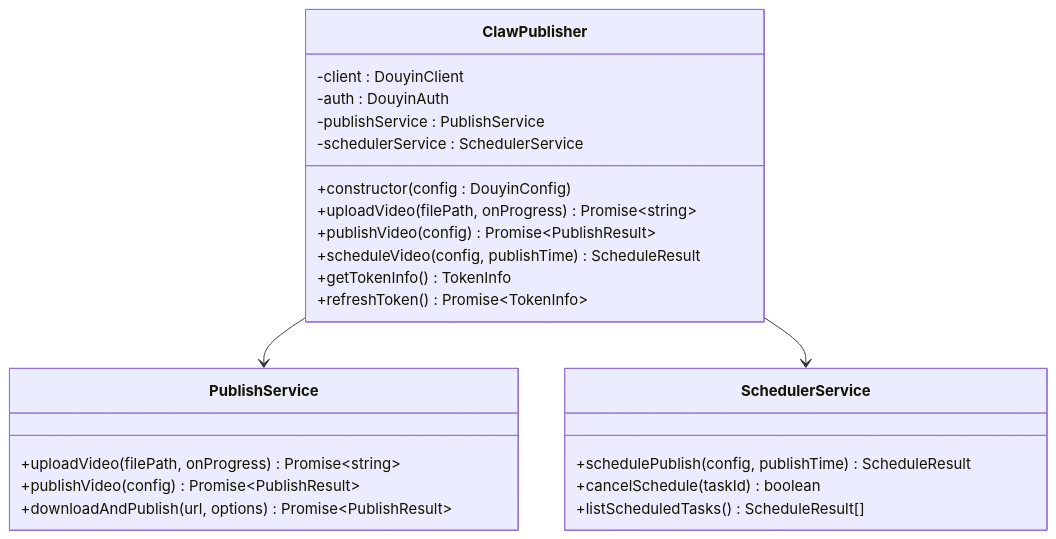
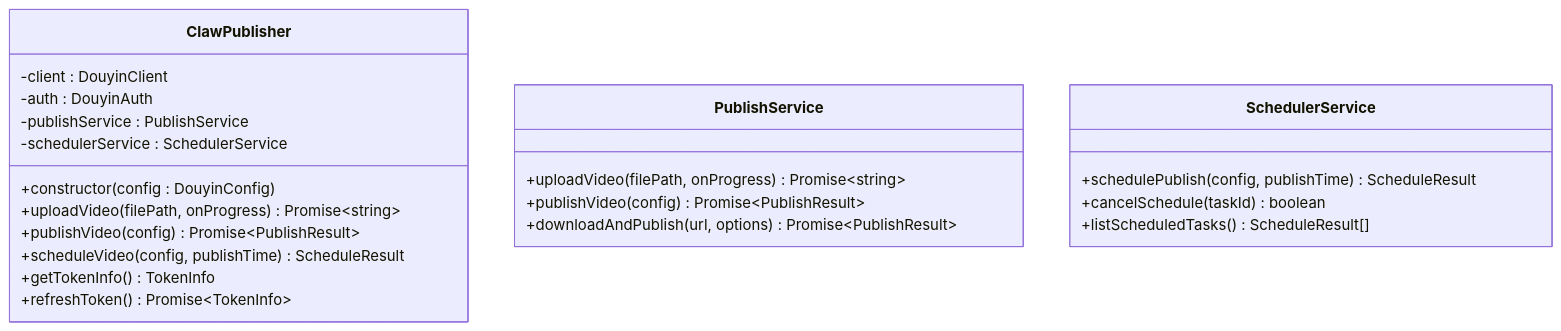
One commit to songdiyang/clawOperations changed the fifth of 7 diagrams in .qoder/repowiki/zh/content/Websocket System Removed.md. Above: the diagram before and after it, drawn with Mermaid. The commit also changed other lines of this file and 10 other files, not shown here.

````diff
--- a/.qoder/repowiki/zh/content/Websocket System Removed.md
+++ b/.qoder/repowiki/zh/content/Websocket System Removed.md
@@ -127,27 +216,25 @@
 ```mermaid
 classDiagram
 class ClawPublisher {
 -client : DouyinClient
 -auth : DouyinAuth
 -publishService : PublishService
 -schedulerService : SchedulerService
 +constructor(config : DouyinConfig)
 +uploadVideo(filePath, onProgress) Promise~string~
 +publishVideo(config) Promise~PublishResult~
 +scheduleVideo(config, publishTime) ScheduleResult
 +getTokenInfo() TokenInfo
 +refreshToken() Promise~TokenInfo~
 }
 class PublishService {
 +uploadVideo(filePath, onProgress) Promise~string~
 +publishVideo(config) Promise~PublishResult~
 +downloadAndPublish(url, options) Promise~PublishResult~
 }
 class SchedulerService {
 +schedulePublish(config, publishTime) ScheduleResult
 +cancelSchedule(taskId) boolean
 +listScheduledTasks() ScheduleResult[]
 }
-ClawPublisher --> PublishService
-ClawPublisher --> SchedulerService
 ```
````
